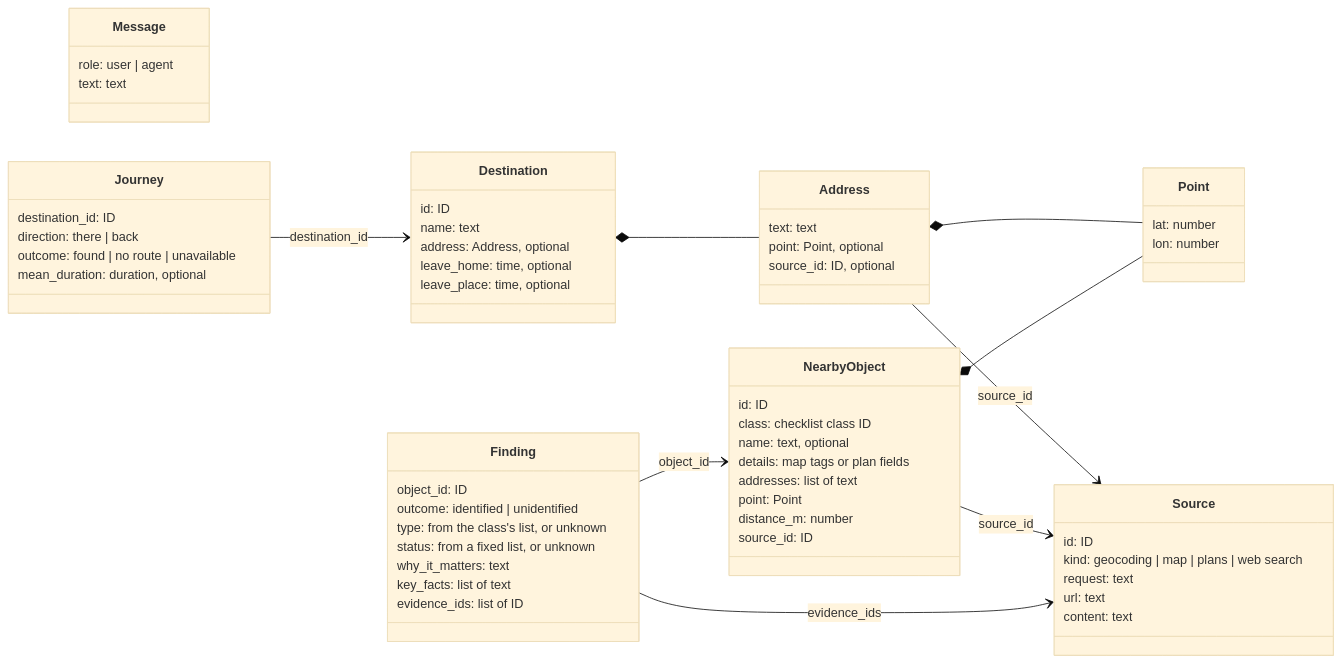
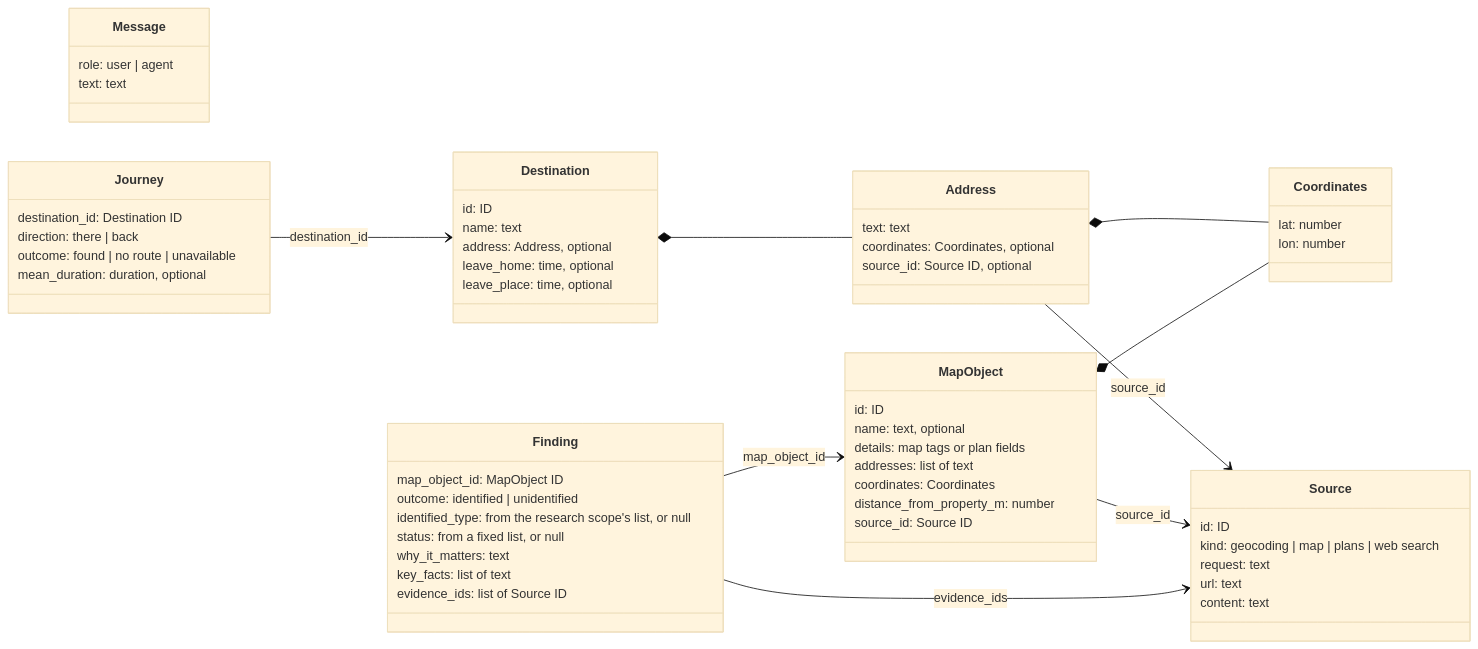
One commit to avashchenkov/out-of-frame changed the second of 2 diagrams in docs/architecture.md. Above: the diagram before and after it, drawn with Mermaid (base theme). The commit also changed other lines of this file and 22 other files, not shown here.

First line of the commit message:
refactor: rework the data model and the research scope

````diff
--- a/docs/architecture.md
+++ b/docs/architecture.md
@@ -225,64 +230,63 @@
 ```mermaid
 classDiagram
     direction LR
     class Message {
         role: user | agent
         text: text
     }
     class Address {
         text: text
-        point: Point, optional
-        source_id: ID, optional
+        coordinates: Coordinates, optional
+        source_id: Source ID, optional
     }
-    class Point {
+    class Coordinates {
         lat: number
         lon: number
     }
     class Destination {
         id: ID
         name: text
         address: Address, optional
         leave_home: time, optional
         leave_place: time, optional
     }
     class Source {
         id: ID
         kind: geocoding | map | plans | web search
         request: text
         url: text
         content: text
     }
-    class NearbyObject {
+    class MapObject {
         id: ID
-        class: checklist class ID
         name: text, optional
         details: map tags or plan fields
         addresses: list of text
-        point: Point
-        distance_m: number
-        source_id: ID
+        coordinates: Coordinates
+        distance_from_property_m: number
+        source_id: Source ID
     }
     class Finding {
-        object_id: ID
+        map_object_id: MapObject ID
         outcome: identified | unidentified
-        type: from the class's list, or unknown
-        status: from a fixed list, or unknown
+        identified_type: from the research scope's list, or null
+        status: from a fixed list, or null
         why_it_matters: text
         key_facts: list of text
-        evidence_ids: list of ID
+        evidence_ids: list of Source ID
     }
     class Journey {
-        destination_id: ID
+        destination_id: Destination ID
         direction: there | back
         outcome: found | no route | unavailable
         mean_duration: duration, optional
     }
     Destination *-- Address
-    Address *-- Point
+    Address *-- Coordinates
     Address --> Source : source_id
-    NearbyObject *-- Point
-    NearbyObject --> Source : source_id
-    Finding --> NearbyObject : object_id
+    MapObject *-- Coordinates
+    MapObject --> Source : source_id
+    Finding --> MapObject : map_object_id
     Finding --> Source : evidence_ids
     Journey --> Destination : destination_id
 ```
````
